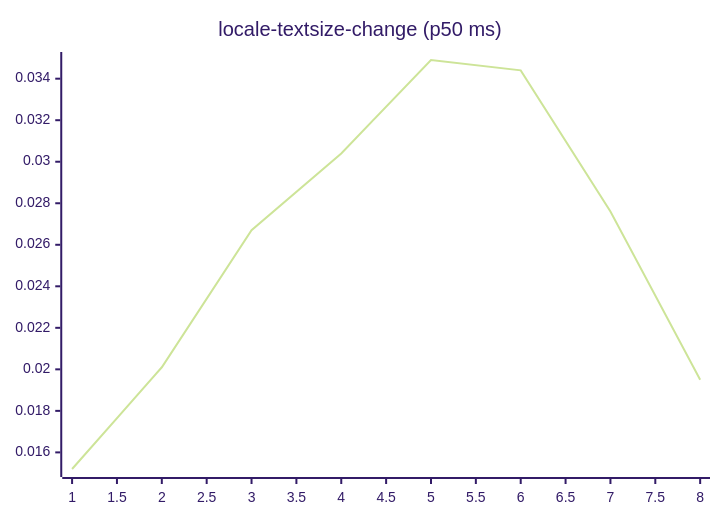
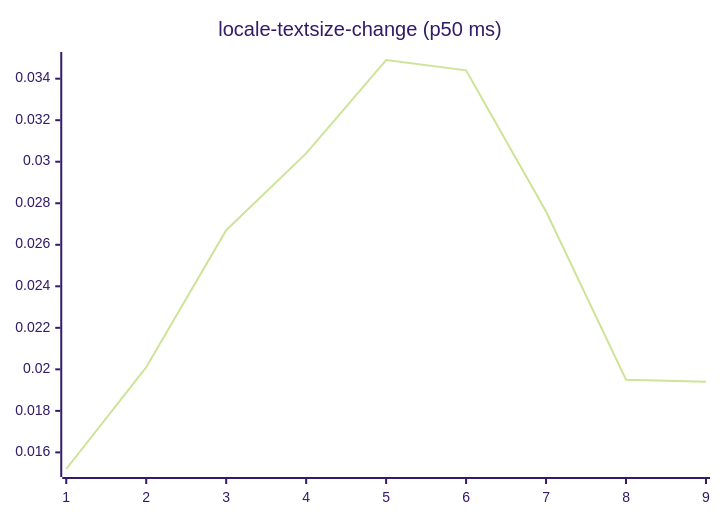
Before and after one commit to josha/Facet: diagram 13 of 27 in README.md, drawn with Mermaid (forest theme). The commit also changed other lines of this file and 2 other files, not shown here.

````diff
--- a/README.md
+++ b/README.md
@@ -147,6 +147,6 @@
 ```mermaid
 xychart-beta
     title "locale-textsize-change (p50 ms)"
-    x-axis 1 --> 8
-    line [0.0152, 0.0201, 0.0267, 0.0304, 0.0349, 0.0344, 0.0276, 0.0195]
+    x-axis 1 --> 9
+    line [0.0152, 0.0201, 0.0267, 0.0304, 0.0349, 0.0344, 0.0276, 0.0195, 0.0194]
 ```
````
